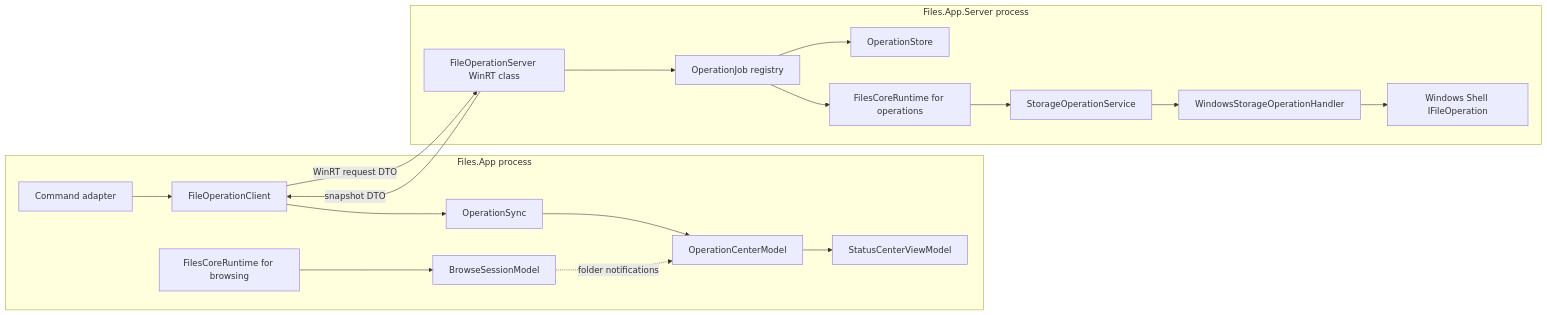
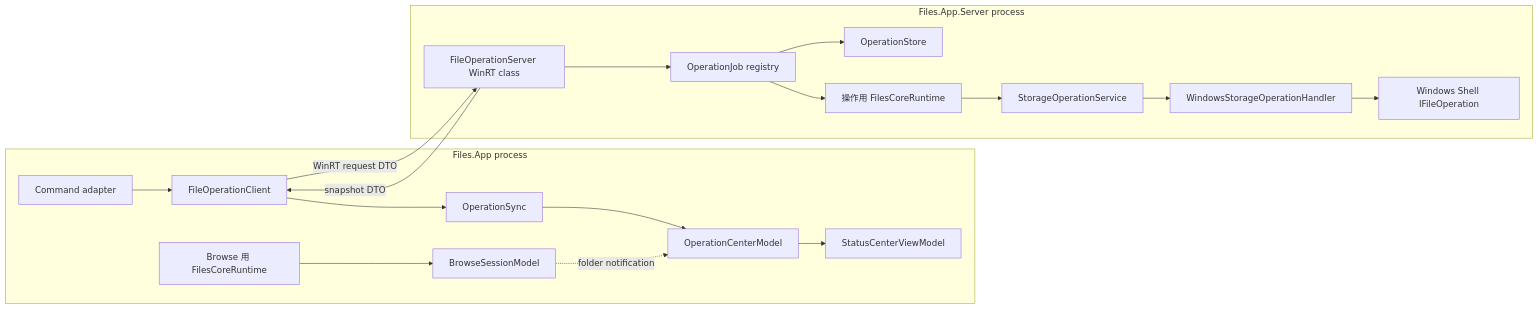
The first of 3 diagrams in docs/architecture/server-operations.md (0x5bfa/Files), drawn with Mermaid before and after one commit. The commit also changed other lines of this file and 18 other files, not shown here.

Commit message:
Translate architecture docs to Japanese

````diff
--- a/docs/architecture/server-operations.md
+++ b/docs/architecture/server-operations.md
@@ -55,37 +37,37 @@
 ```mermaid
 flowchart LR
     subgraph UI[Files.App process]
         Command["Command adapter"]
         Client["FileOperationClient"]
         Sync["OperationSync"]
         Center["OperationCenterModel"]
         VM["StatusCenterViewModel"]
         Browse["BrowseSessionModel"]
-        RuntimeUI["FilesCoreRuntime for browsing"]
+        RuntimeUI["Browse 用 FilesCoreRuntime"]
     end
 
     subgraph Server[Files.App.Server process]
         WinRT["FileOperationServer WinRT class"]
         Jobs["OperationJob registry"]
         Store["OperationStore"]
-        RuntimeServer["FilesCoreRuntime for operations"]
+        RuntimeServer["操作用 FilesCoreRuntime"]
         Operations["StorageOperationService"]
         Handler["WindowsStorageOperationHandler"]
         Shell["Windows Shell IFileOperation"]
     end
 
     Command --> Client
     Client -->|"WinRT request DTO"| WinRT
     WinRT --> Jobs
     Jobs --> Store
     Jobs --> RuntimeServer
     RuntimeServer --> Operations
     Operations --> Handler
     Handler --> Shell
     WinRT -->|"snapshot DTO"| Client
     Client --> Sync
     Sync --> Center
     Center --> VM
     RuntimeUI --> Browse
-    Browse -. "folder notifications" .-> Center
+    Browse -. "folder notification" .-> Center
 ```
````
